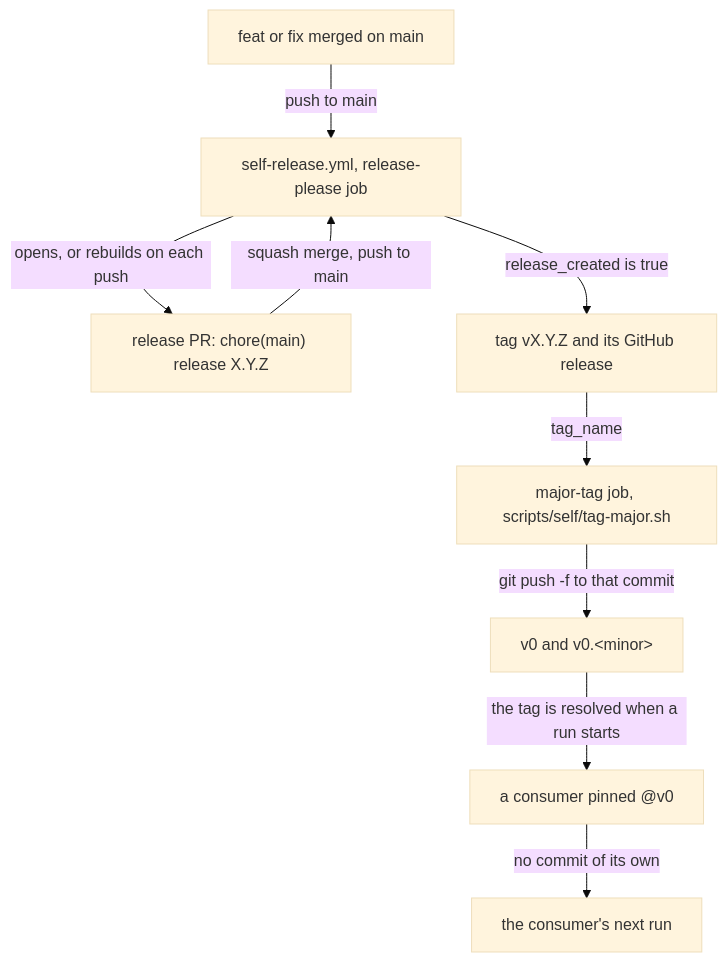
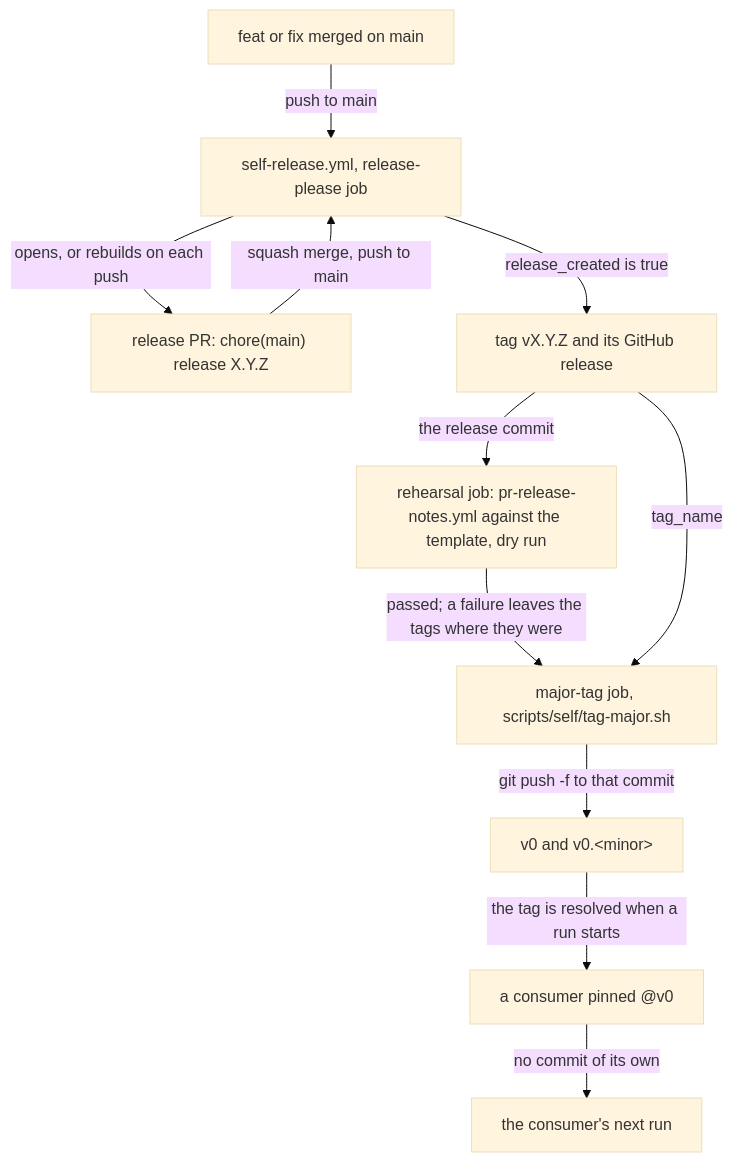
One commit to blinkbitcoin/shared-workflows changed the first of 5 diagrams in docs/consumer-guide.md. Above: the diagram before and after it, drawn with Mermaid (base theme). The commit also changed other lines of this file and 17 other files, not shown here.

````diff
--- a/docs/consumer-guide.md
+++ b/docs/consumer-guide.md
@@ -43,19 +43,22 @@
 ```mermaid
 flowchart TD
   merged["feat or fix merged on main"]
   release["self-release.yml, release-please job"]
   pr["release PR: chore(main) release X.Y.Z"]
   tag["tag vX.Y.Z and its GitHub release"]
+  rehearsal["rehearsal job: pr-release-notes.yml against the template, dry run"]
   major["major-tag job, scripts/self/tag-major.sh"]
   moving["v0 and v0.&lt;minor&gt;"]
   consumer["a consumer pinned @v0"]
   run["the consumer's next run"]
   merged -->|"push to main"| release
   release -->|"opens, or rebuilds on each push"| pr
   pr -->|"squash merge, push to main"| release
   release -->|"release_created is true"| tag
+  tag -->|"the release commit"| rehearsal
+  rehearsal -->|"passed; a failure leaves the tags where they were"| major
   tag -->|"tag_name"| major
   major -->|"git push -f to that commit"| moving
   moving -->|"the tag is resolved when a run starts"| consumer
   consumer -->|"no commit of its own"| run
 ```
````
